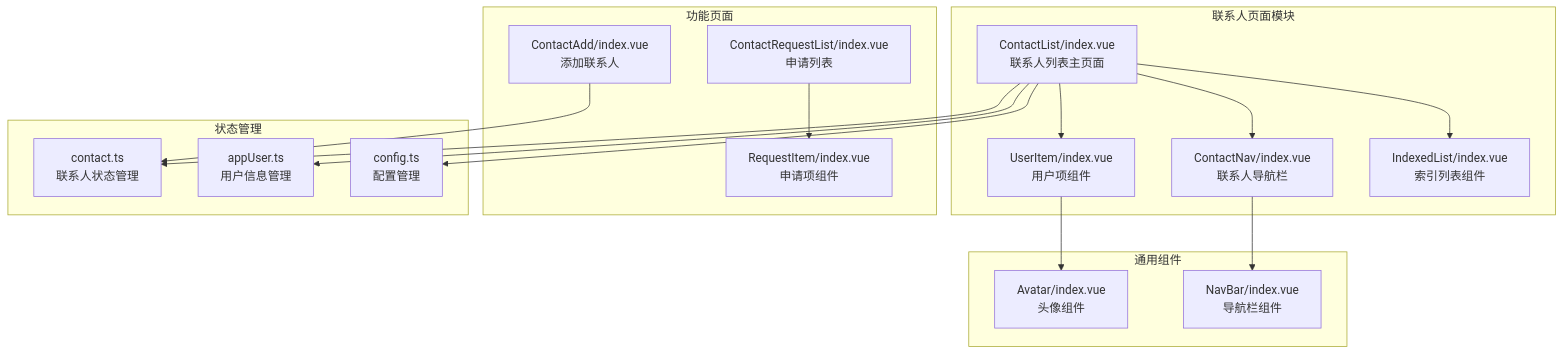
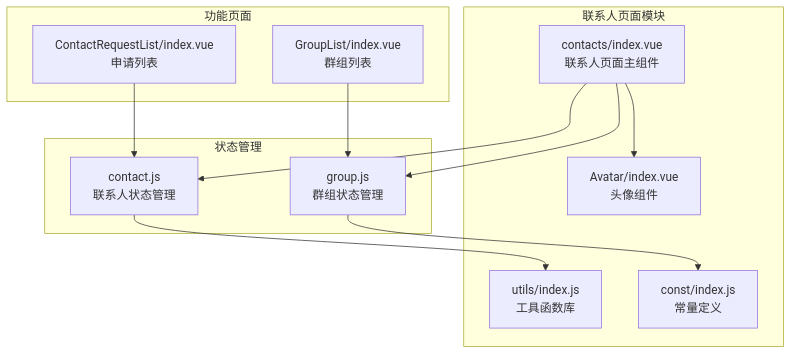
The first of 7 diagrams in .qoder/repowiki/zh/content/Contacts Page.md (Easemob-Community/easemob-uikit-uniapp-community), drawn with Mermaid before and after one commit. The commit also changed other lines of this file and 5 other files, not shown here.

Commit message:
fix: add conditional compilation for contacts page - use IndexedList for non-MP, inline render for MP

````diff
--- a/.qoder/repowiki/zh/content/Contacts Page.md
+++ b/.qoder/repowiki/zh/content/Contacts Page.md
@@ -41,33 +42,24 @@
 ```mermaid
 graph TB
 subgraph "联系人页面模块"
-ContactList[ContactList/index.vue<br/>联系人列表主页面]
-ContactNav[ContactNav/index.vue<br/>联系人导航栏]
-UserItem[UserItem/index.vue<br/>用户项组件]
-IndexedList[IndexedList/index.vue<br/>索引列表组件]
+ContactsPage[contacts/index.vue<br/>联系人页面主组件]
+Avatar[Avatar/index.vue<br/>头像组件]
+Utils[utils/index.js<br/>工具函数库]
+Const[const/index.js<br/>常量定义]
+end
+subgraph "状态管理"
+ContactStore[contact.js<br/>联系人状态管理]
+GroupStore[group.js<br/>群组状态管理]
 end
 subgraph "功能页面"
-ContactAdd[ContactAdd/index.vue<br/>添加联系人]
 ContactRequestList[ContactRequestList/index.vue<br/>申请列表]
-RequestItem[RequestItem/index.vue<br/>申请项组件]
+GroupList[GroupList/index.vue<br/>群组列表]
 end
-subgraph "状态管理"
-ContactStore[contact.ts<br/>联系人状态管理]
-AppUserStore[appUser.ts<br/>用户信息管理]
-ConfigStore[config.ts<br/>配置管理]
-end
-subgraph "通用组件"
-Avatar[Avatar/index.vue<br/>头像组件]
-NavBar[NavBar/index.vue<br/>导航栏组件]
-end
-ContactList --> ContactNav
-ContactList --> IndexedList
-ContactList --> UserItem
-ContactList --> ContactStore
-ContactList --> AppUserStore
-ContactList --> ConfigStore
-ContactAdd --> ContactStore
-ContactRequestList --> RequestItem
-UserItem --> Avatar
-ContactNav --> NavBar
+ContactsPage --> Avatar
+ContactsPage --> ContactStore
+ContactsPage --> GroupStore
+ContactStore --> Utils
+GroupStore --> Const
+ContactRequestList --> ContactStore
+GroupList --> GroupStore
 ```
````
